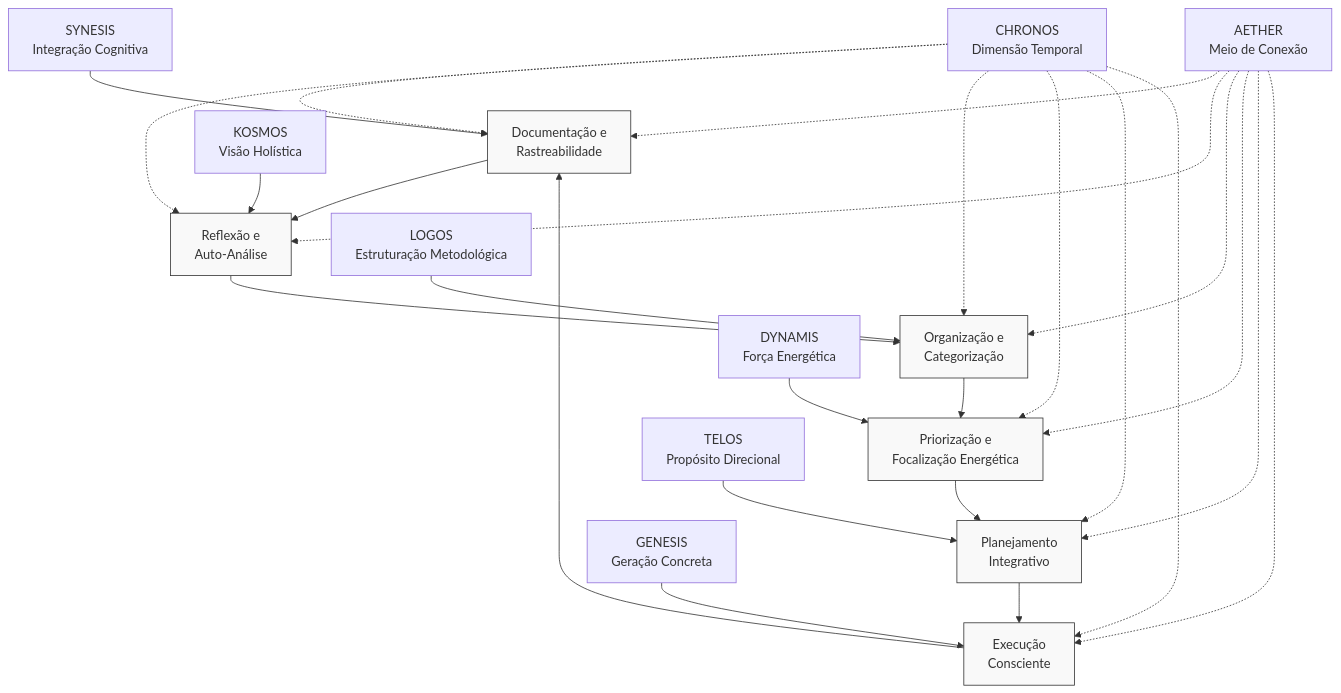
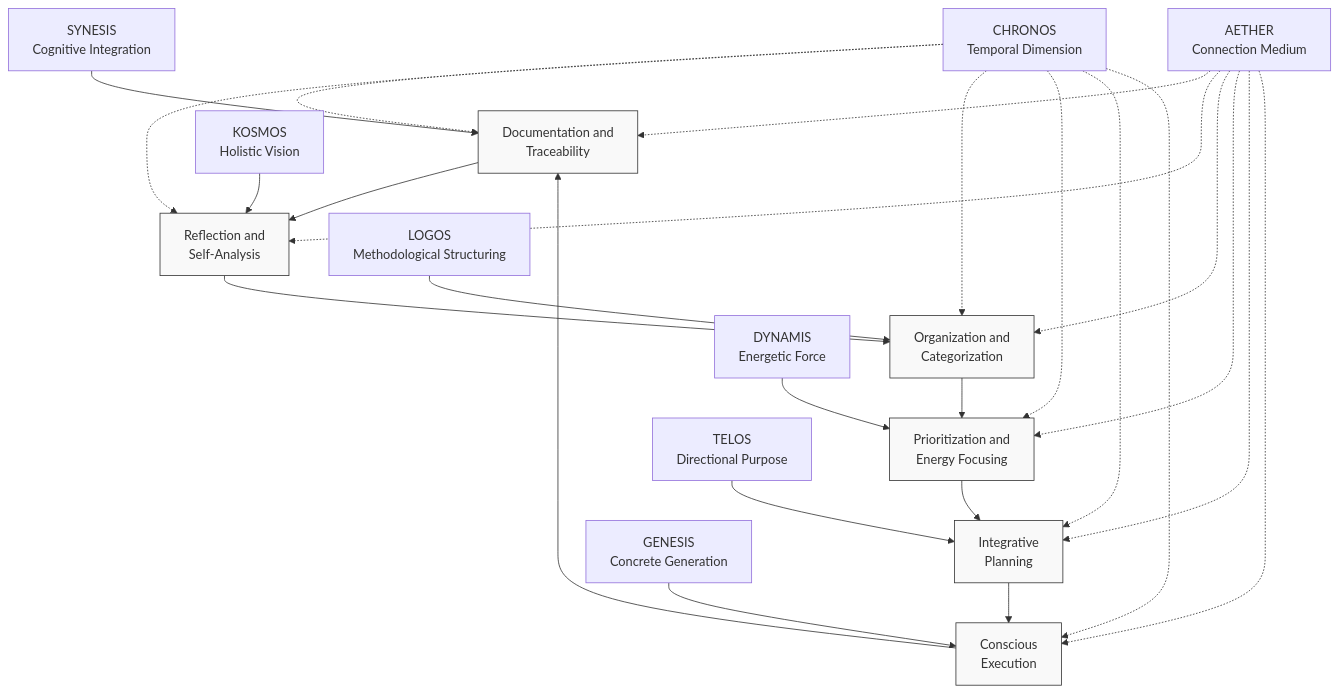
The second of 3 diagrams in visual-diagram.md (ekson73/kosmologogenesis), drawn with Mermaid before and after one commit. The commit also changed other lines of this file and 11 other files, not shown here.

````diff
--- a/visual-diagram.md
+++ b/visual-diagram.md
@@ -66,37 +66,37 @@
 ```mermaid
 flowchart TD
     classDef phase fill:#f9f9f9,stroke:#333,stroke-width:1px
     
-    A[Documentação e<br>Rastreabilidade] --> B[Reflexão e<br>Auto-Análise]
-    B --> C[Organização e<br>Categorização]
-    C --> D[Priorização e<br>Focalização Energética]
-    D --> E[Planejamento<br>Integrativo]
-    E --> F[Execução<br>Consciente]
+    A[Documentation and<br>Traceability] --> B[Reflection and<br>Self-Analysis]
+    B --> C[Organization and<br>Categorization]
+    C --> D[Prioritization and<br>Energy Focusing]
+    D --> E[Integrative<br>Planning]
+    E --> F[Conscious<br>Execution]
     F --> A
     
-    SYNESIS[SYNESIS<br>Integração Cognitiva] --> A
-    KOSMOS[KOSMOS<br>Visão Holística] --> B
-    LOGOS[LOGOS<br>Estruturação Metodológica] --> C
-    DYNAMIS[DYNAMIS<br>Força Energética] --> D
-    TELOS[TELOS<br>Propósito Direcional] --> E
-    GENESIS[GENESIS<br>Geração Concreta] --> F
-    CHRONOS[CHRONOS<br>Dimensão Temporal] -.-> A
+    SYNESIS[SYNESIS<br>Cognitive Integration] --> A
+    KOSMOS[KOSMOS<br>Holistic Vision] --> B
+    LOGOS[LOGOS<br>Methodological Structuring] --> C
+    DYNAMIS[DYNAMIS<br>Energetic Force] --> D
+    TELOS[TELOS<br>Directional Purpose] --> E
+    GENESIS[GENESIS<br>Concrete Generation] --> F
+    CHRONOS[CHRONOS<br>Temporal Dimension] -.-> A
     CHRONOS -.-> B
     CHRONOS -.-> C
     CHRONOS -.-> D
     CHRONOS -.-> E
     CHRONOS -.-> F
-    AETHER[AETHER<br>Meio de Conexão] -.-> A
+    AETHER[AETHER<br>Connection Medium] -.-> A
     AETHER -.-> B
     AETHER -.-> C
     AETHER -.-> D
     AETHER -.-> E
     AETHER -.-> F
     
     class A phase
     class B phase
     class C phase
     class D phase
     class E phase
     class F phase
 ```
````
